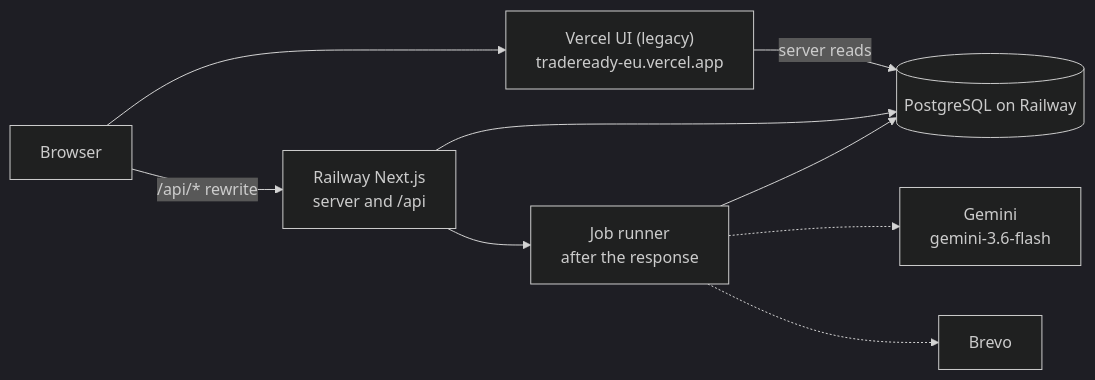
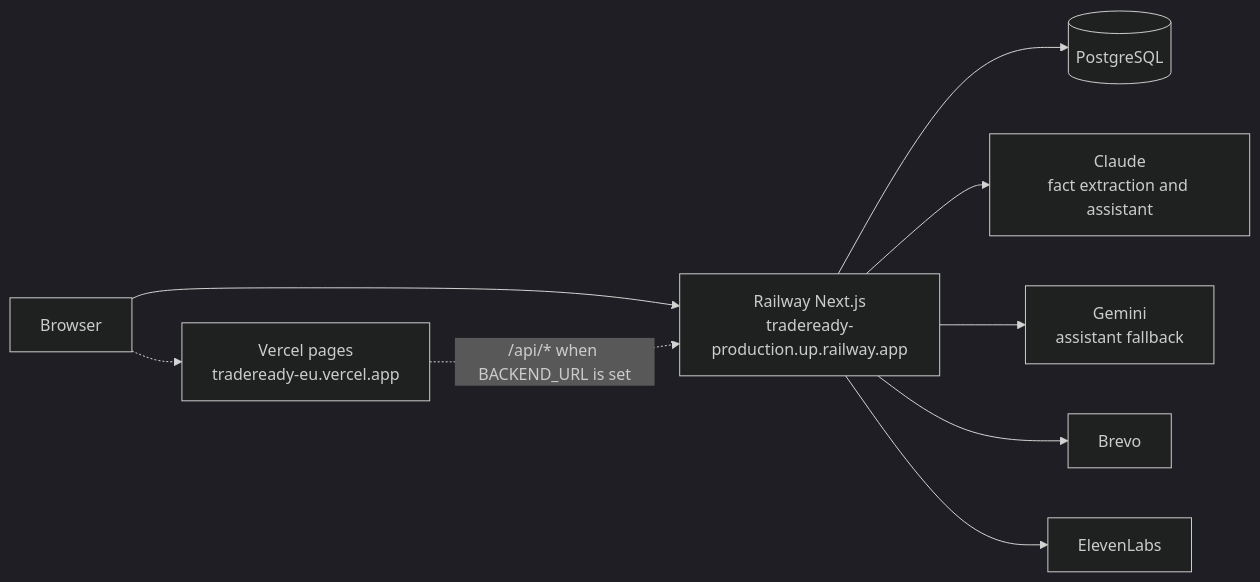
One commit to namnhatpham1995/hackathon-stuttgart-2026 changed the diagram in README.md. Above: the diagram before and after it, drawn with Mermaid (dark theme). The commit also changed other lines of this file and 1 other file, not shown here.

First line of the commit message:
docs: rewrite the TradeReady submission README (#60)

````diff
--- a/README.md
+++ b/README.md
@@ -50,19 +33,20 @@
 ```mermaid
 flowchart LR
   browser[Browser]
-  vercel["Vercel UI (legacy)<br/>tradeready-eu.vercel.app"]
-  railway["Railway Next.js<br/>server and /api"]
-  runner["Job runner<br/>after the response"]
-  postgres[(PostgreSQL on Railway)]
-  gemini["Gemini<br/>gemini-3.6-flash"]
+  railway["Railway Next.js<br/>tradeready-production.up.railway.app"]
+  vercel["Vercel pages<br/>tradeready-eu.vercel.app"]
+  postgres[(PostgreSQL)]
+  claude["Claude<br/>fact extraction and assistant"]
+  gemini["Gemini<br/>assistant fallback"]
   brevo[Brevo]
+  eleven[ElevenLabs]
 
-  browser --> vercel
-  browser -->|"/api/* rewrite"| railway
-  vercel -->|"server reads"| postgres
+  browser --> railway
+  browser -.-> vercel
+  vercel -.->|"/api/* when BACKEND_URL is set"| railway
   railway --> postgres
-  railway --> runner
-  runner --> postgres
-  runner -.-> gemini
-  runner -.-> brevo
+  railway --> claude
+  railway --> gemini
+  railway --> brevo
+  railway --> eleven
 ```
````
